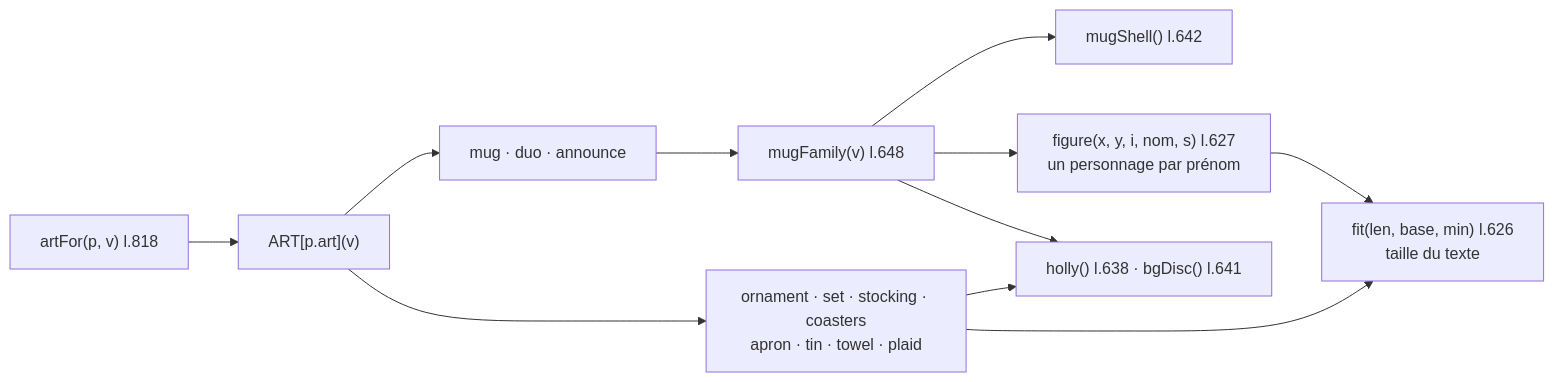
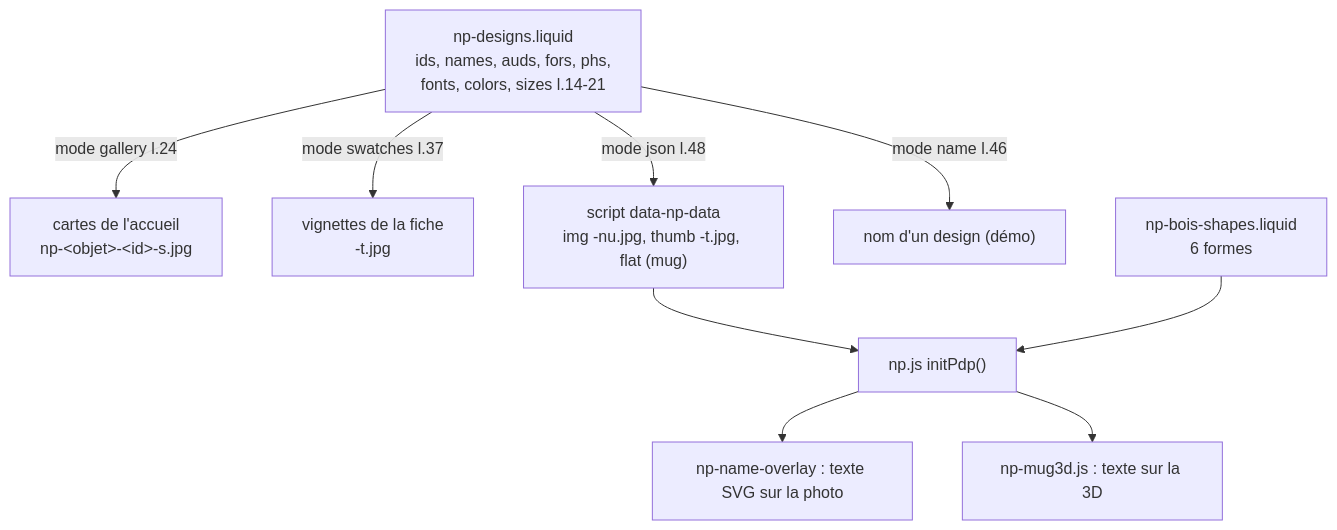
The diagram in 5-boutique/3-composants/CMP - Illustrations.md (SylvainCode42A/Drop-Shipping-Agentique), drawn with Mermaid before and after one commit. The commit also changed other lines of this file and 12 other files, not shown here.

````diff
--- a/5-boutique/3-composants/CMP - Illustrations.md
+++ b/5-boutique/3-composants/CMP - Illustrations.md
@@ -27,10 +28,12 @@
 ```mermaid
-flowchart LR
-    AF["artFor(p, v) l.818"] --> ART["ART[p.art](v)"]
-    ART --> MUG["mug · duo · announce"]
-    ART --> OTH["ornament · set · stocking · coasters<br/>apron · tin · towel · plaid"]
-    MUG --> MF["mugFamily(v) l.648"] --> MS["mugShell() l.642"]
-    MF --> FG["figure(x, y, i, nom, s) l.627<br/>un personnage par prénom"]
-    MF & OTH --> HO["holly() l.638 · bgDisc() l.641"]
-    FG & OTH --> FIT["fit(len, base, min) l.626<br/>taille du texte"]
+flowchart TD
+    D["np-designs.liquid<br/>ids, names, auds, fors, phs,<br/>fonts, colors, sizes l.14-21"]
+    D -->|mode gallery l.24| G["cartes de l'accueil<br/>np-&lt;objet&gt;-&lt;id&gt;-s.jpg"]
+    D -->|mode swatches l.37| S["vignettes de la fiche<br/>-t.jpg"]
+    D -->|mode json l.48| J["script data-np-data<br/>img -nu.jpg, thumb -t.jpg, flat (mug)"]
+    D -->|mode name l.46| N["nom d'un design (démo)"]
+    J --> JS["np.js initPdp()"]
+    JS --> OV["np-name-overlay : texte SVG sur la photo"]
+    JS --> M3["np-mug3d.js : texte sur la 3D"]
+    B["np-bois-shapes.liquid<br/>6 formes"] --> JS
 ```
````
